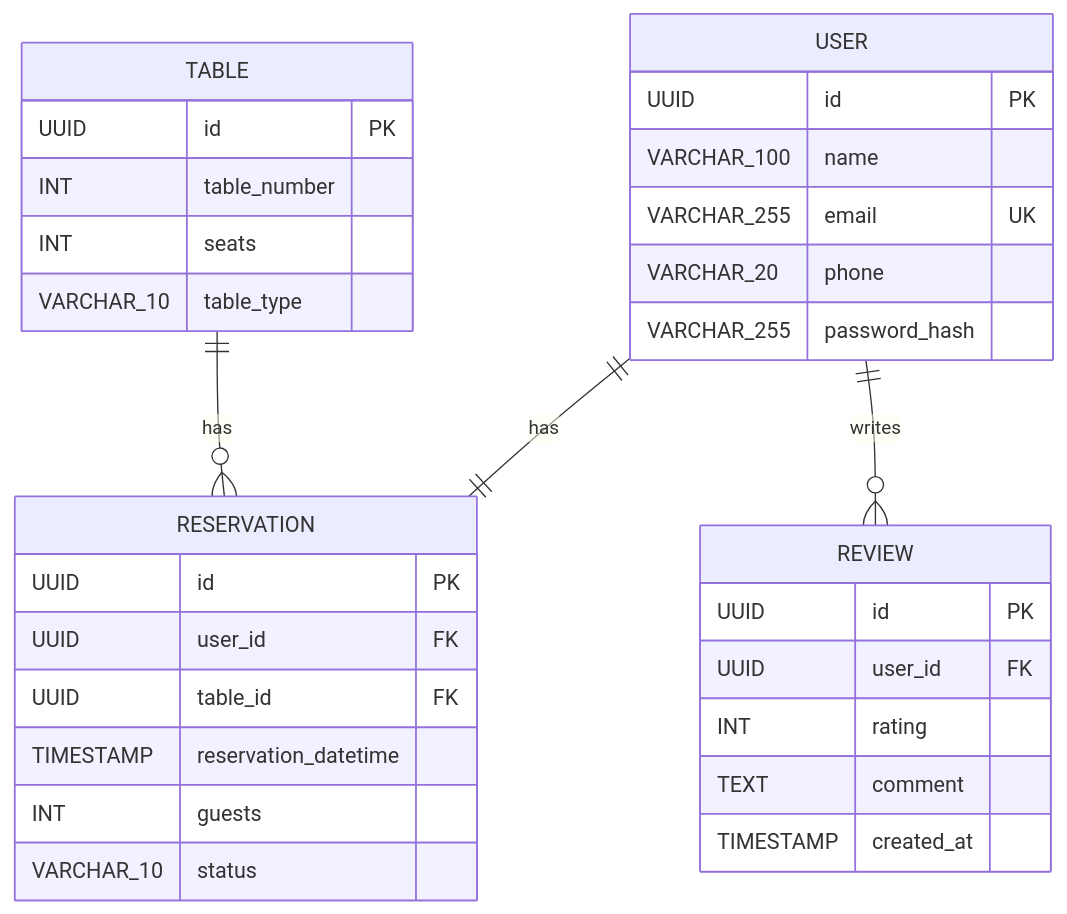
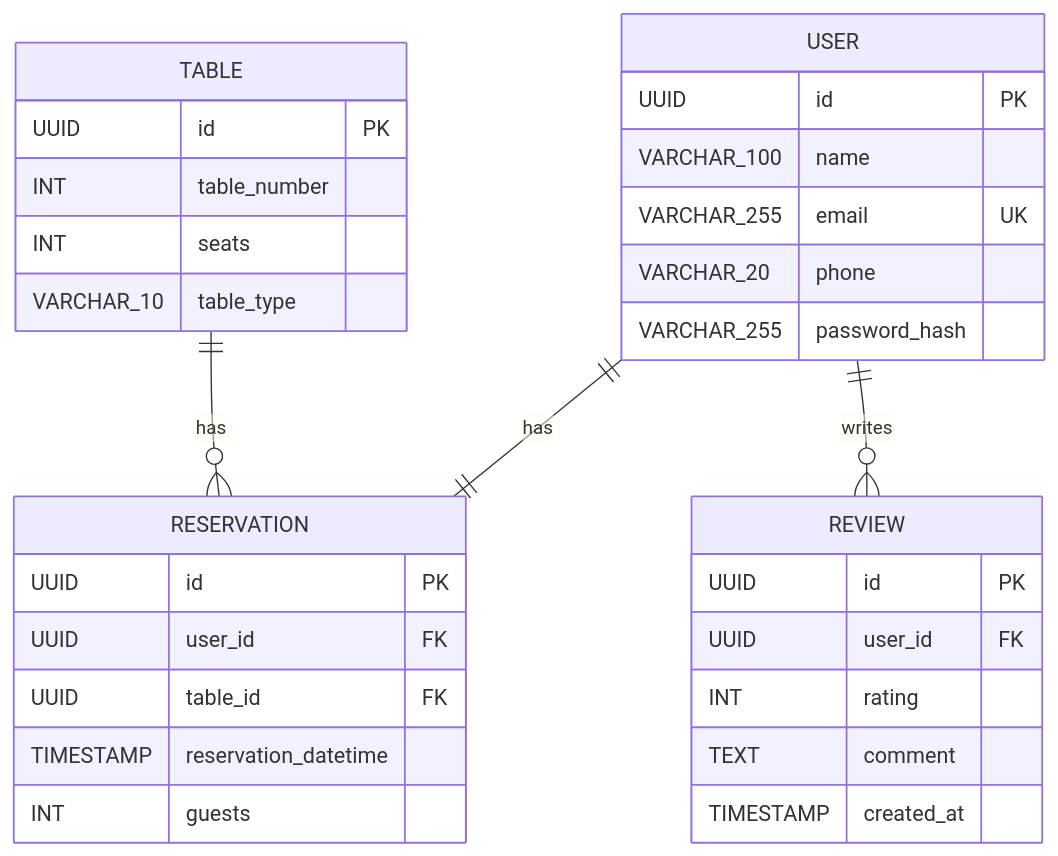
Before and after one commit to Vvvvvaleriia/Labs-KPI: the diagram in ER-model.md, drawn with Mermaid. The commit also changed 2 other files, not shown here.

Commit message:
remove reservation status

````diff
--- a/ER-model.md
+++ b/ER-model.md
@@ -1,39 +1,38 @@
 ```mermaid
 erDiagram
 
     USER ||--|| RESERVATION : "has"
     TABLE ||--o{ RESERVATION : "has"
     USER ||--o{ REVIEW : "writes"
 
     USER {
         UUID id PK
         VARCHAR_100 name
         VARCHAR_255 email UK
         VARCHAR_20 phone
         VARCHAR_255 password_hash
     }
 
     TABLE {
         UUID id PK
         INT table_number
         INT seats
         VARCHAR_10 table_type
     }
 
     RESERVATION {
         UUID id PK
         UUID user_id FK
         UUID table_id FK
         TIMESTAMP reservation_datetime
         INT guests
-        VARCHAR_10 status
     }
 
     REVIEW {
         UUID id PK
         UUID user_id FK
         INT rating
         TEXT comment
         TIMESTAMP created_at
     }
 ```
````
